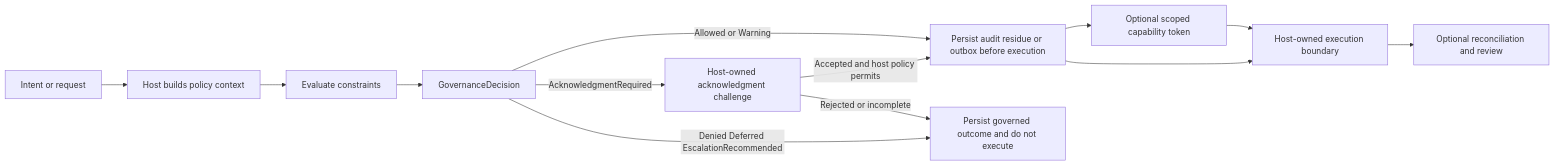
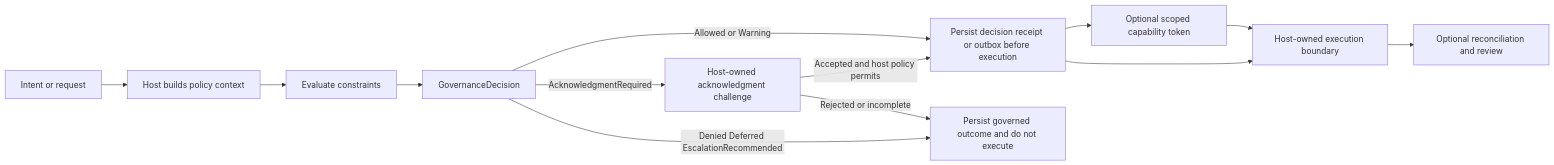
Before and after one commit to AsiBackbone/AsiBackbone: the first of 5 diagrams in docs/articles/core-governance-flow-diagrams.md, drawn with Mermaid. The commit also changed other lines of this file and 565 other files, not shown here.

````diff
--- a/docs/articles/core-governance-flow-diagrams.md
+++ b/docs/articles/core-governance-flow-diagrams.md
@@ -16,17 +16,17 @@
 ```mermaid
 flowchart LR
     Intent["Intent or request"] --> Context["Host builds policy context"]
     Context --> Constraints["Evaluate constraints"]
     Constraints --> Decision["GovernanceDecision"]
 
-    Decision -->|"Allowed or Warning"| PersistBeforeExecution["Persist audit residue or outbox before execution"]
+    Decision -->|"Allowed or Warning"| PersistBeforeExecution["Persist decision receipt or outbox before execution"]
     Decision -->|"AcknowledgmentRequired"| Ack["Host-owned acknowledgment challenge"]
     Ack -->|"Accepted and host policy permits"| PersistBeforeExecution
     Ack -->|"Rejected or incomplete"| PersistNoExecution["Persist governed outcome and do not execute"]
     Decision -->|"Denied Deferred EscalationRecommended"| PersistNoExecution
 
     PersistBeforeExecution --> OptionalToken["Optional scoped capability token"]
     OptionalToken --> HostExecution["Host-owned execution boundary"]
     PersistBeforeExecution --> HostExecution
     HostExecution --> FollowUp["Optional reconciliation and review"]
 ```
````
